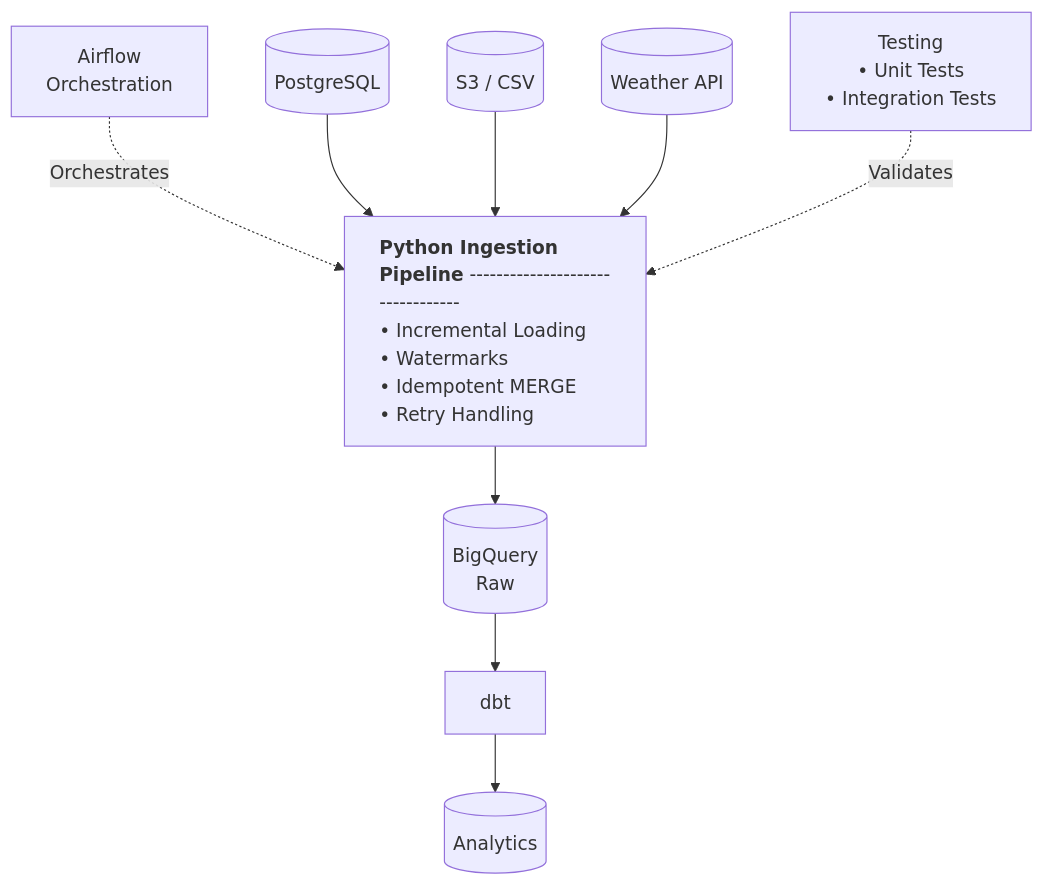
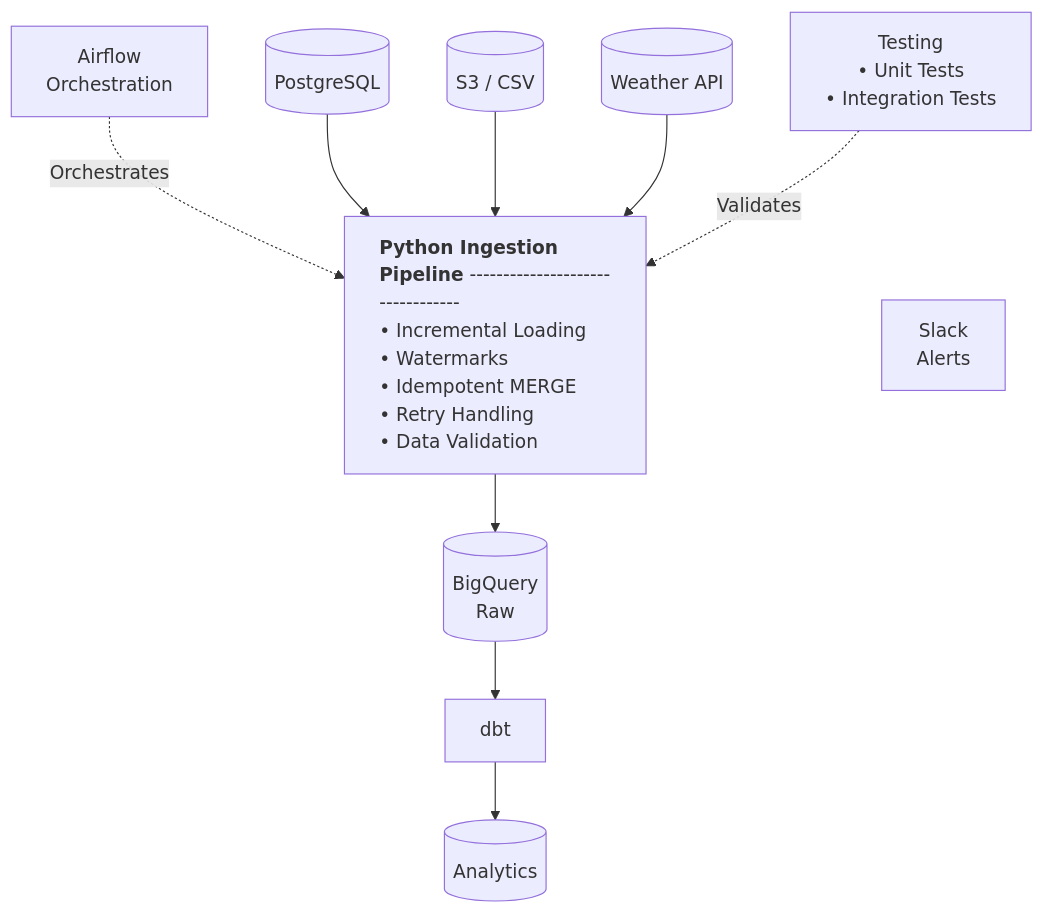
Before and after one commit to nivanis91/ecommerce-data-platform: the diagram in README.md, drawn with Mermaid.

Commit message:
Update Ingestion Pipeline details in README
Added data validation and Slack alerts to the Python Ingestion Pipeline.

````diff
--- a/README.md
+++ b/README.md
@@ -19,27 +19,32 @@
 ```mermaid
 flowchart TB
     AIRFLOW[Airflow<br/>Orchestration]
 
     PG[(PostgreSQL)]
     S3[(S3 / CSV)]
     API[(Weather API)]
 
-    PIPE["<div style='text-align: left'><b>Python Ingestion Pipeline</b> ---------------------------------<br/>• Incremental Loading<br/>• Watermarks<br/>• Idempotent MERGE<br/>• Retry Handling</div>"]
+    PIPE["<div style='text-align: left'><b>Python Ingestion Pipeline</b> ---------------------------------<br/>• Incremental Loading<br/>• Watermarks<br/>• Idempotent MERGE<br/>• Retry Handling<br/>• Data Validation</div>"]
 
     BQ[(BigQuery<br/>Raw)]
     DBT[dbt]
     ANALYTICS[(Analytics)]
     TESTS["Testing<br/>• Unit Tests<br/>• Integration Tests"]
+
+    SLACK[Slack<br/>Alerts]
 
     AIRFLOW -. "Orchestrates" .-> PIPE
 
     PG --> PIPE
     S3 --> PIPE
     API --> PIPE
 
     PIPE --> BQ
     BQ --> DBT
     DBT --> ANALYTICS
 
     TESTS -. "Validates" .-> PIPE
+
+    %% Invisible layout hint: anchor Slack to the left side
+    TESTS ~~~ SLACK
 ```
````
